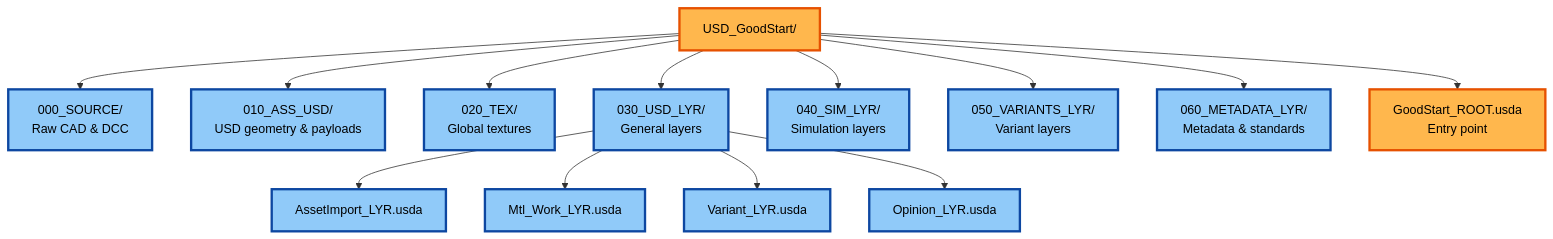
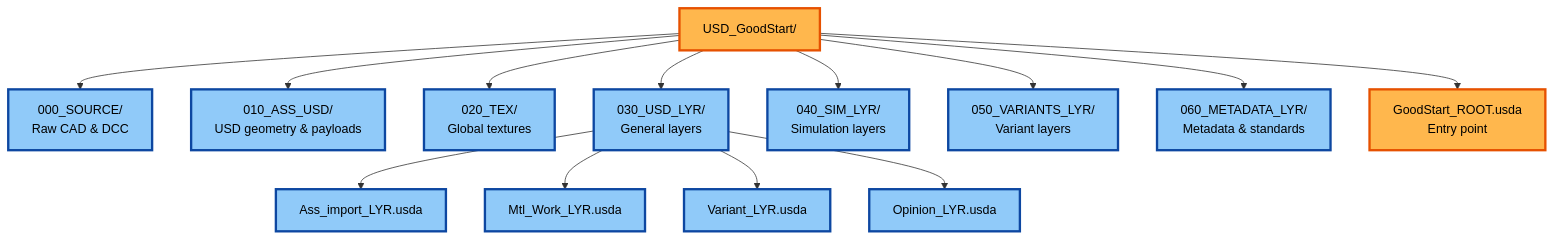
Diagram 15 of 18 in WIP_Docs/OpenUSD_Best_Practices_Guide (17).md (jph2/USD_GoodStart), drawn with Mermaid before and after one commit. The commit also changed other lines of this file and 4 other files, not shown here.

````diff
--- a/WIP_Docs/OpenUSD_Best_Practices_Guide (17).md
+++ b/WIP_Docs/OpenUSD_Best_Practices_Guide (17).md
@@ -2539,23 +2599,23 @@
 ```mermaid
 flowchart TD
     root[USD_GoodStart/]:::root
     root --> S000[000_SOURCE/\nRaw CAD & DCC]
     root --> S010[010_ASS_USD/\nUSD geometry & payloads]
     root --> S020[020_TEX/\nGlobal textures]
     root --> S030[030_USD_LYR/\nGeneral layers]
     root --> S040[040_SIM_LYR/\nSimulation layers]
     root --> S050[050_VARIANTS_LYR/\nVariant layers]
     root --> S060[060_METADATA_LYR/\nMetadata & standards]
     root --> RootUsd[GoodStart_ROOT.usda\nEntry point]
     
-    S030 --> L_Import[AssetImport_LYR.usda]
+    S030 --> L_Import[Ass_import_LYR.usda]
     S030 --> L_Mtl[Mtl_Work_LYR.usda]
     S030 --> L_Var[Variant_LYR.usda]
     S030 --> L_Opinion[Opinion_LYR.usda]
     
     classDef root fill:#ffb74d,stroke:#e65100,stroke-width:3px,color:#000;
     classDef folder fill:#90caf9,stroke:#0d47a1,stroke-width:3px,color:#000;
     
     class root,RootUsd root;
     class S000,S010,S020,S030,S040,S050,S060,L_Import,L_Mtl,L_Var,L_Opinion folder;
 ```
````
